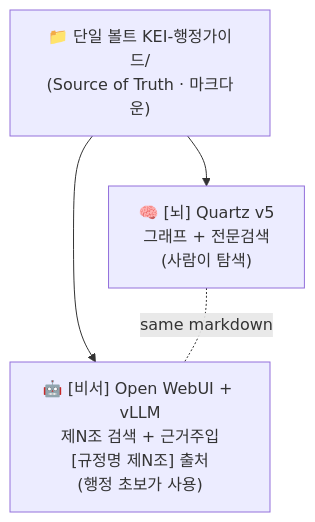
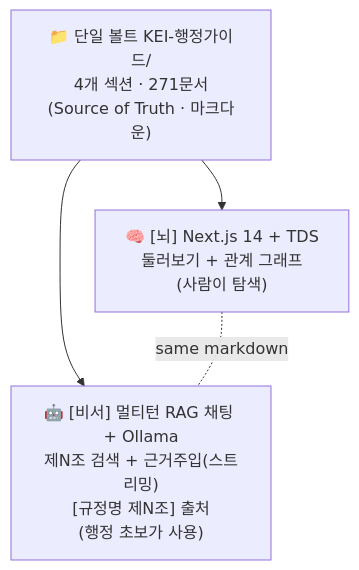
Before and after one commit to mooner92/KEIAdminSuperv: the second of 3 diagrams in docs/01-overview.md, drawn with Mermaid. The commit also changed other lines of this file and 6 other files, not shown here.

````diff
--- a/docs/01-overview.md
+++ b/docs/01-overview.md
@@ -57,7 +61,7 @@
 ```mermaid
 flowchart TD
-    V["📁 단일 볼트 KEI-행정가이드/<br/>(Source of Truth · 마크다운)"]
-    V --> Brain["🧠 [뇌] Quartz v5<br/>그래프 + 전문검색<br/>(사람이 탐색)"]
-    V --> Assist["🤖 [비서] Open WebUI + vLLM<br/>제N조 검색 + 근거주입<br/>[규정명 제N조] 출처<br/>(행정 초보가 사용)"]
+    V["📁 단일 볼트 KEI-행정가이드/<br/>4개 섹션 · 271문서<br/>(Source of Truth · 마크다운)"]
+    V --> Brain["🧠 [뇌] Next.js 14 + TDS<br/>둘러보기 + 관계 그래프<br/>(사람이 탐색)"]
+    V --> Assist["🤖 [비서] 멀티턴 RAG 채팅 + Ollama<br/>제N조 검색 + 근거주입(스트리밍)<br/>[규정명 제N조] 출처<br/>(행정 초보가 사용)"]
     Brain -.same markdown.- Assist
 ```
````
